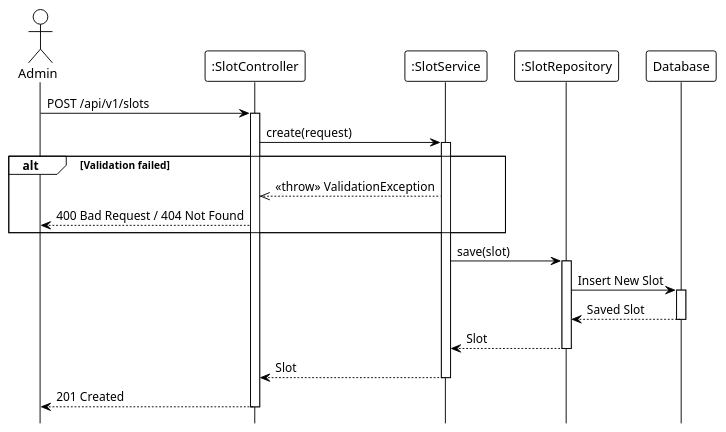
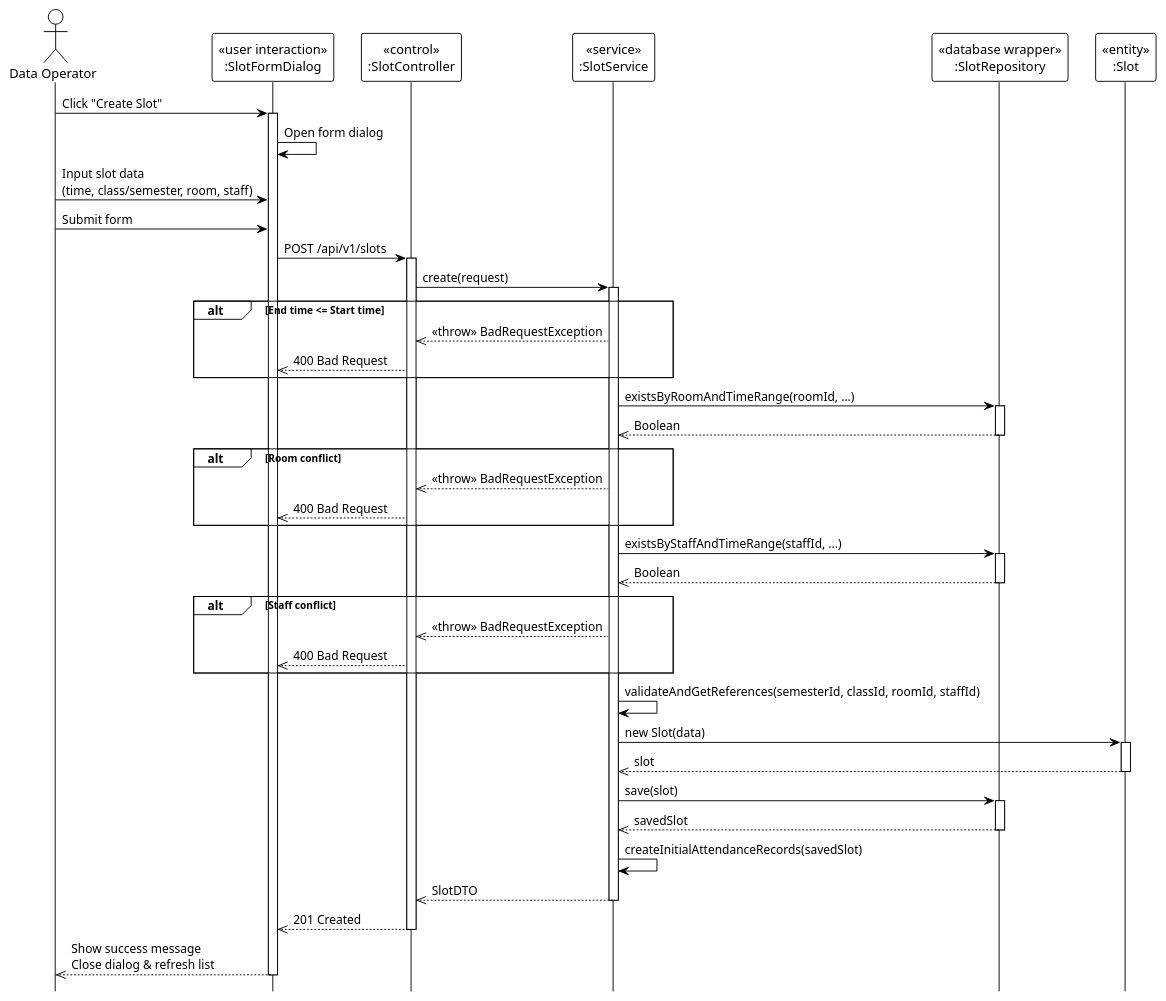
The diagram in system_detailed_design/35_create_slot/sequence_diagram_create_slot.puml (Ndh474/context), drawn with PlantUML before and after one commit. The commit also changed 12 other files, not shown here.

Commit message:
docs: Add detailed design sequence diagrams for slot, class, and subject management operations.

```diff
--- a/system_detailed_design/35_create_slot/sequence_diagram_create_slot.puml
+++ b/system_detailed_design/35_create_slot/sequence_diagram_create_slot.puml
@@ -1,44 +1,83 @@
 @startuml create_slot
 !theme plain
 hide footbox
 
-actor Admin
-participant ":SlotController" as Controller
-participant ":SlotService" as Service
-participant ":SlotRepository" as Repository
-participant "Database" as DB
+actor "Data Operator" as DataOperator
 
-' --- MAIN FLOW ---
-Admin -> Controller: POST /api/v1/slots
+participant "«user interaction»\n:SlotFormDialog" as UI
+participant "«control»\n:SlotController" as Controller
+participant "«service»\n:SlotService" as Service
+participant "«database wrapper»\n:SlotRepository" as Repository
+participant "«entity»\n:Slot" as Entity
+
+' === MAIN FLOW ===
+DataOperator -> UI: Click "Create Slot"
+activate UI
+
+UI -> UI: Open form dialog
+
+DataOperator -> UI: Input slot data\n(time, class/semester, room, staff)
+
+DataOperator -> UI: Submit form
+UI -> Controller: POST /api/v1/slots
 activate Controller
 
 Controller -> Service: create(request)
 activate Service
 
-' Validation logic (internal: time range, category, conflicts, semester/class/room/staff validation, subjects for exam)
-
-alt Validation failed
-    Service -->> Controller: <<throw>> ValidationException
-    Controller --> Admin: 400 Bad Request / 404 Not Found
+' === VALIDATIONS ===
+alt End time <= Start time
+    Service -->> Controller: <<throw>> BadRequestException
+    Controller -->> UI: 400 Bad Request
 end
 
+Service -> Repository: existsByRoomAndTimeRange(roomId, ...)
+activate Repository
+Repository -->> Service: Boolean
+deactivate Repository
+
+alt Room conflict
+    Service -->> Controller: <<throw>> BadRequestException
+    Controller -->> UI: 400 Bad Request
+end
+
+Service -> Repository: existsByStaffAndTimeRange(staffId, ...)
+activate Repository
+Repository -->> Service: Boolean
+deactivate Repository
+
+alt Staff conflict
+    Service -->> Controller: <<throw>> BadRequestException
+    Controller -->> UI: 400 Bad Request
+end
+
+' === LOOKUP REFERENCES (Internal) ===
+Service -> Service: validateAndGetReferences(semesterId, classId, roomId, staffId)
+' (Omitted interactions with other repositories for simplicity)
+
+' === CREATE ENTITY ===
+Service -> Entity: new Slot(data)
+activate Entity
+Entity -->> Service: slot
+deactivate Entity
+
+' === SAVE ===
 Service -> Repository: save(slot)
 activate Repository
-
-Repository -> DB: Insert New Slot
-activate DB
-DB --> Repository: Saved Slot
-deactivate DB
-
-Repository --> Service: Slot
+Repository -->> Service: savedSlot
 deactivate Repository
 
-' Create initial attendance records (internal)
+' === ATTENDANCE GENERATION ===
+Service -> Service: createInitialAttendanceRecords(savedSlot)
+' (Internal method call details omitted)
 
-Service --> Controller: Slot
+Service -->> Controller: SlotDTO
 deactivate Service
 
-Controller --> Admin: 201 Created
+Controller -->> UI: 201 Created
 deactivate Controller
 
+UI -->> DataOperator: Show success message\nClose dialog & refresh list
+deactivate UI
+
 @enduml
```
